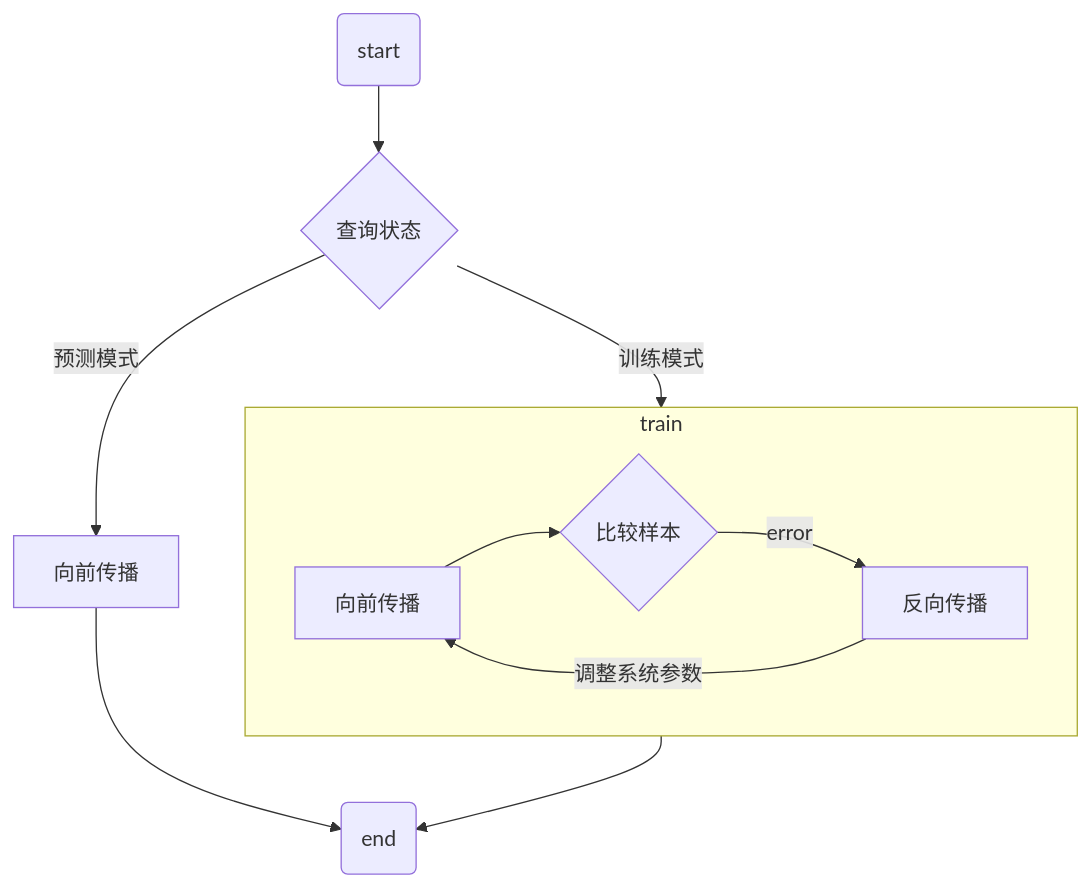
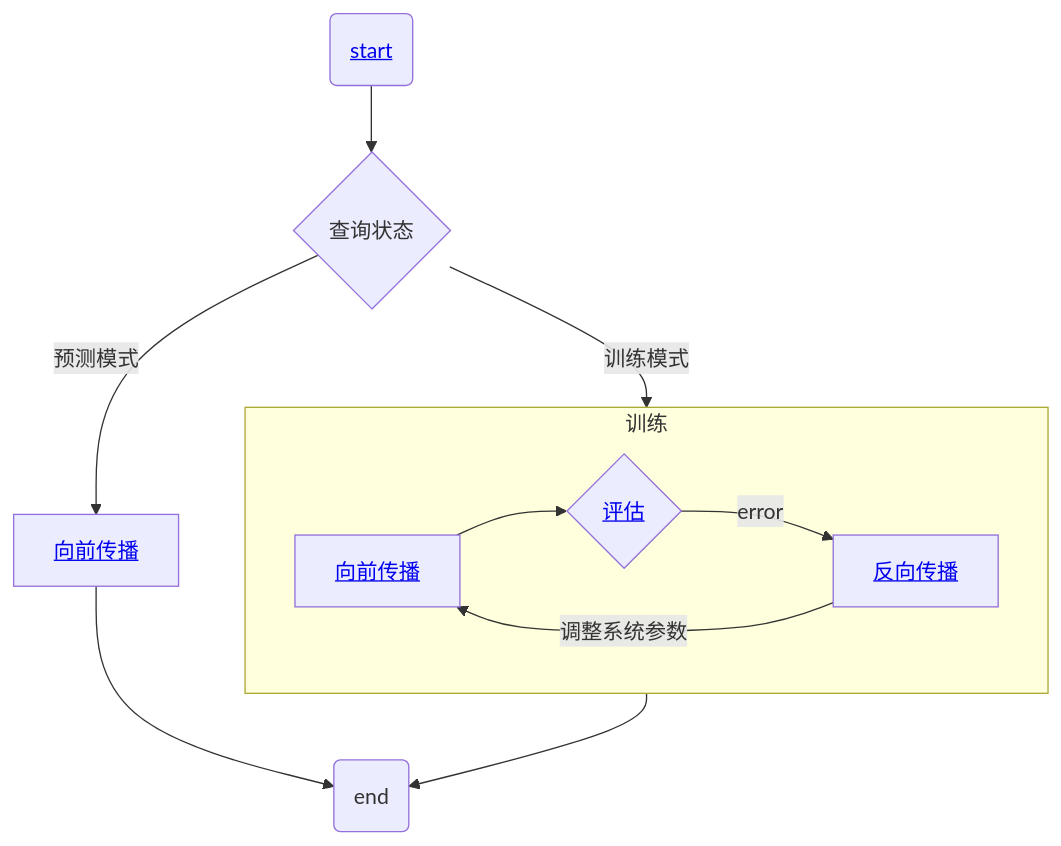
The sixth of 8 diagrams in docs/code/neuron/README.md (Kofybrek/Neural-network), drawn with Mermaid before and after one commit. The commit also changed other lines of this file and 6 other files, not shown here.

````diff
--- a/docs/code/neuron/README.md
+++ b/docs/code/neuron/README.md
@@ -24,16 +192,16 @@
 ```mermaid
 flowchart TD
-    s(start)
+    s("<a href = '#初始化'>start</a>")
     state{查询状态}
-    forward[向前传播]
-    backward[反向传播]
-    compare{比较样本}
-    predit[向前传播]
+    forward["<a href = '#向前传播'>向前传播</a>"]
+    backward["<a href = '#反向传播'>反向传播</a>"]
+    compare{"<a href = '#评估'>评估</a>"}
+    predit[<a href = '#向前传播'>向前传播</a>]
     e(end)
-    subgraph train
+    subgraph train ["训练"]
         forward --> compare -- error --> backward -- "调整系统参数" --> forward
     end
     s --> state
     state -- "训练模式" --> train --> e
     state -- "预测模式" --> predit --> e
 ```
````
